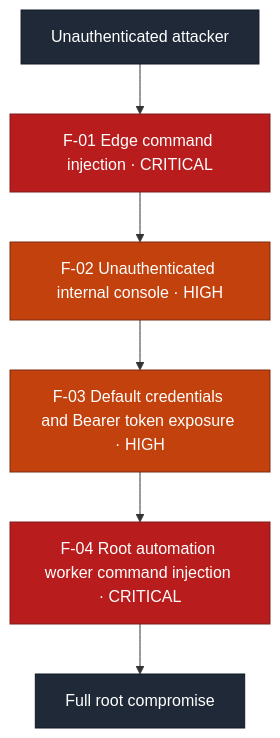
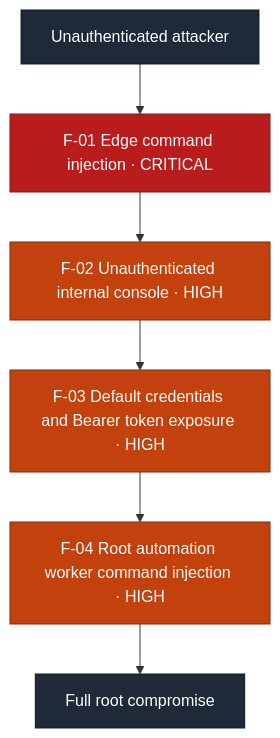
One commit to ouroboros-white/cybersecurity-portfolio changed the first of 2 diagrams in reports/command-injection-chain-2026-08.md. Above: the diagram before and after it, drawn with Mermaid. The commit also changed other lines of this file and 4 other files, not shown here.

````diff
--- a/reports/command-injection-chain-2026-08.md
+++ b/reports/command-injection-chain-2026-08.md
@@ -58,14 +58,14 @@
 ```mermaid
 flowchart TD
     S["Unauthenticated attacker"] --> F1["F-01 Edge command injection · CRITICAL"]
     F1 --> F2["F-02 Unauthenticated internal console · HIGH"]
     F2 --> F3["F-03 Default credentials and Bearer token exposure · HIGH"]
-    F3 --> F4["F-04 Root automation worker command injection · CRITICAL"]
+    F3 --> F4["F-04 Root automation worker command injection · HIGH"]
     F4 --> R["Full root compromise"]
     classDef crit fill:#b91c1c,stroke:#7f1d1d,color:#ffffff;
     classDef high fill:#c2410c,stroke:#7c2d12,color:#ffffff;
     classDef term fill:#1f2937,stroke:#111827,color:#ffffff;
-    class F1,F4 crit;
-    class F2,F3 high;
+    class F1 crit;
+    class F2,F3,F4 high;
     class S,R term;
 ```
````
